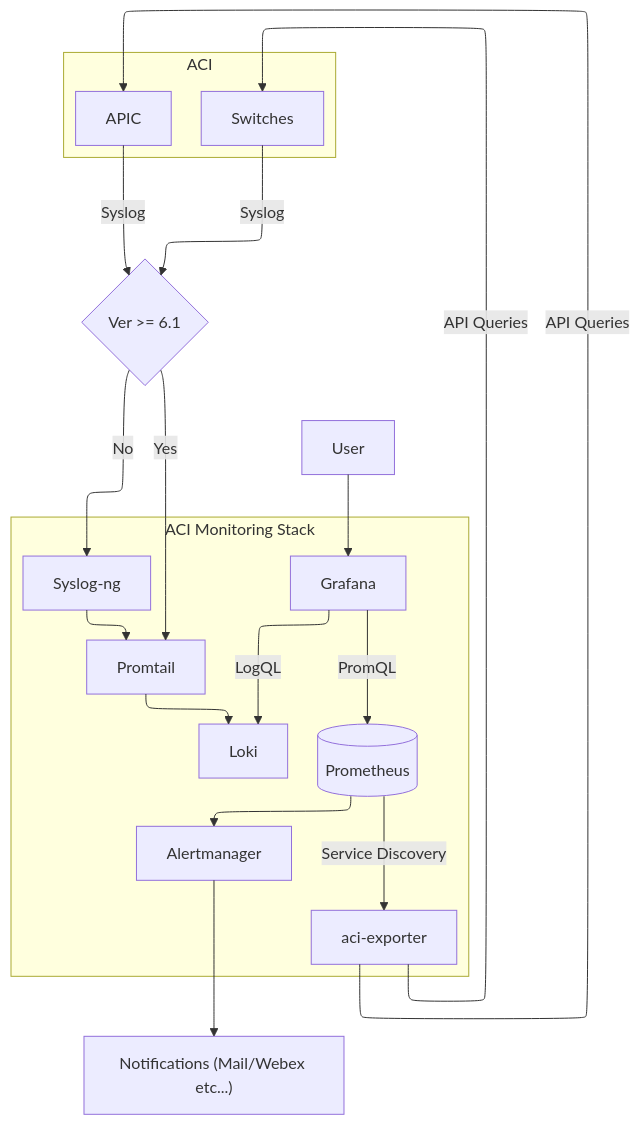
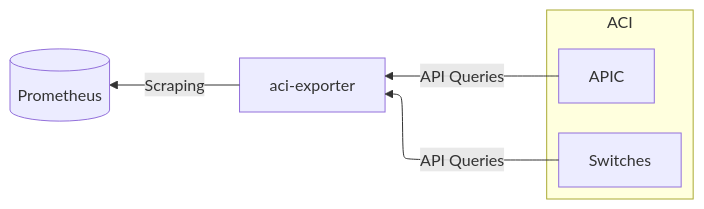
Before and after one commit to datacenter/aci-monitoring-stack: the second of 5 diagrams in README.md, drawn with Mermaid. The commit also changed other lines of this file and 1 other file, not shown here.

````diff
--- a/README.md
+++ b/README.md
@@ -36,33 +57,12 @@
 ```mermaid
-flowchart-elk
-  subgraph ACI Monitoring Stack
-    G["Grafana"]
-    P[("Prometheus")]
-    L["Loki"]
-    PT["Promtail"]
-    SL["Syslog-ng"]
-    AM["Alertmanager"]
-    A["aci-exporter"]
-    G--"PromQL"-->P
-    G--"LogQL"-->L
-    P-->AM
-    PT-->L
-    SL-->PT
-    P--"Service Discovery"-->A
-  end
-  subgraph ACI
-    S["Switches"]
-    APIC["APIC"]
-  end
-  U["User"]
-  N["Notifications (Mail/Webex etc...)"]
-  V{Ver >= 6.1}
-  A--"API Queries"-->S
-  A--"API Queries"-->APIC
-  U-->G
-  AM-->N
-  S--"Syslog"-->V
-  APIC--"Syslog"-->V
-  V -->|Yes| PT
-  V -->|No| SL
+    flowchart-elk RL
+      P[("Prometheus")]
+      A["aci-exporter"]
+      subgraph ACI
+        S["Switches"]
+        APIC["APIC"]
+      end
+      A--"Scraping"-->P
+      S--"API Queries"-->A
+      APIC--"API Queries"-->A
 ```
````
